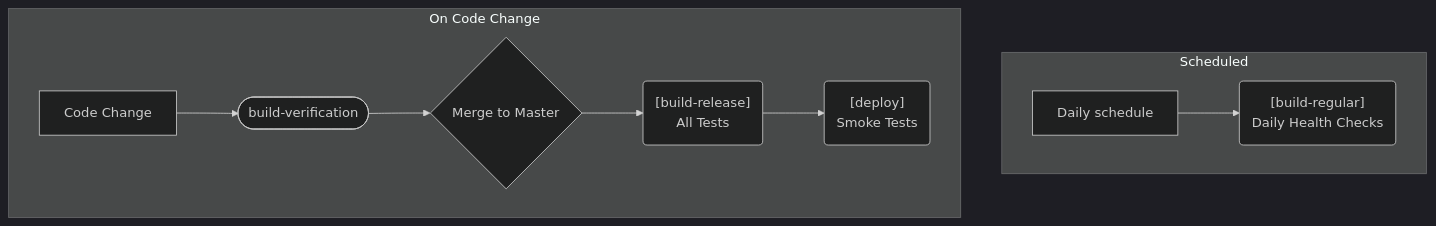
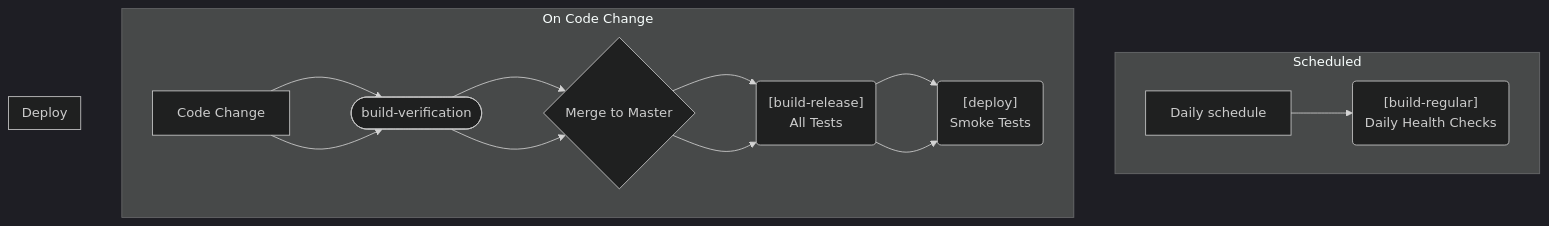
One commit to MrD4rkne/owe-me-api changed the second of 2 diagrams in docs/ci-cd.MD. Above: the diagram before and after it, drawn with Mermaid (dark theme). The commit also changed other lines of this file, not shown here.

Commit message:
docs: enhance CI/CD documentation for clarity and detail; improve workflow descriptions and add diagrams

````diff
--- a/docs/ci-cd.MD
+++ b/docs/ci-cd.MD
@@ -90,15 +100,23 @@
 ```mermaid
 flowchart TD
     subgraph "Scheduled"
         direction LR
         Schedule["Daily schedule"] --> F("[build-regular]<br/>Daily Health Checks")
     end
 
     subgraph "On Code Change"
         direction LR
         A[Code Change] --> B([build-verification])
         B --> C{Merge to Master}
         C --> D("[build-release]<br/>All Tests")
         D --> E("[deploy]<br/>Smoke Tests")
     end
+    
+    subgraph "Deploy"
+        direction LR
+        A[Code Change] --> B([build-verification])
+        B --> C{Merge to Master}
+        C --> D("[build-release]<br/>All Tests")
+        D --> E("[deploy]<br/>Smoke Tests")
+    end
 ```
````
